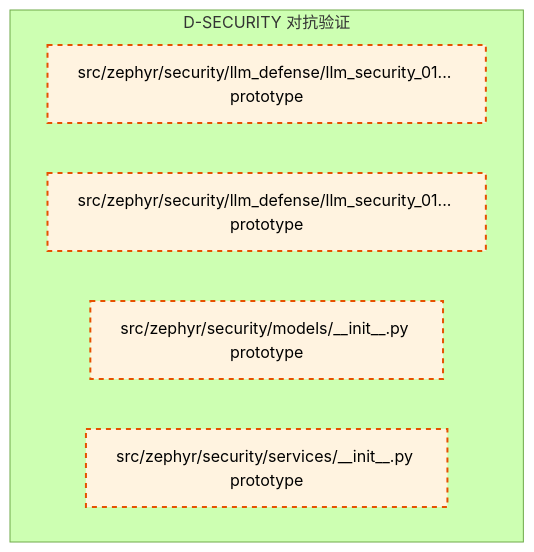
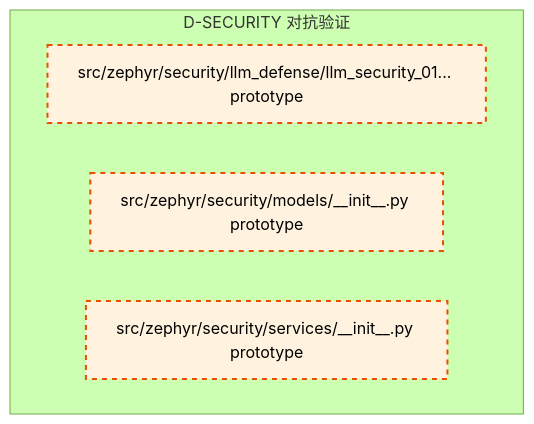
One commit to xuanFelixVan/ZephyrAlpha changed the ninth of 9 diagrams in docs/02_enterprise_architecture/02_domain_architecture_docs/18_d_security.md. Above: the diagram before and after it, drawn with Mermaid (forest theme). The commit also changed other lines of this file and 5 other files, not shown here.

````diff
--- a/docs/02_enterprise_architecture/02_domain_architecture_docs/18_d_security.md
+++ b/docs/02_enterprise_architecture/02_domain_architecture_docs/18_d_security.md
@@ -1011,14 +1010,13 @@
 ```mermaid
 graph TD
     subgraph D_SECURITY["D-SECURITY 对抗验证"]
-        src_zephyr_security_llm_defense_llm_security_01_self_protection_l7_validation_py["src/zephyr/security/llm_defense/llm_security_01... prototype"]
         src_zephyr_security_llm_defense_llm_security_01_self_protection_red_team_scanner_py["src/zephyr/security/llm_defense/llm_security_01... prototype"]
         src_zephyr_security_models_init_py["src/zephyr/security/models/__init__.py prototype"]
         src_zephyr_security_services_init_py["src/zephyr/security/services/__init__.py prototype"]
     end
     classDef production fill:#e1f5fe,stroke:#01579b,stroke-width:2px,color:#000
     classDef design fill:#fff3e0,stroke:#e65100,stroke-width:2px,color:#000,stroke-dasharray: 5 5
     classDef external_prod fill:#e8f5e9,stroke:#1b5e20,stroke-width:1px,color:#000
     classDef external_design fill:#fce4ec,stroke:#880e4f,stroke-width:1px,color:#000,stroke-dasharray: 5 5
-    class src_zephyr_security_llm_defense_llm_security_01_self_protection_l7_validation_py,src_zephyr_security_llm_defense_llm_security_01_self_protection_red_team_scanner_py,src_zephyr_security_models_init_py,src_zephyr_security_services_init_py design
+    class src_zephyr_security_llm_defense_llm_security_01_self_protection_red_team_scanner_py,src_zephyr_security_models_init_py,src_zephyr_security_services_init_py design
 ```
````
